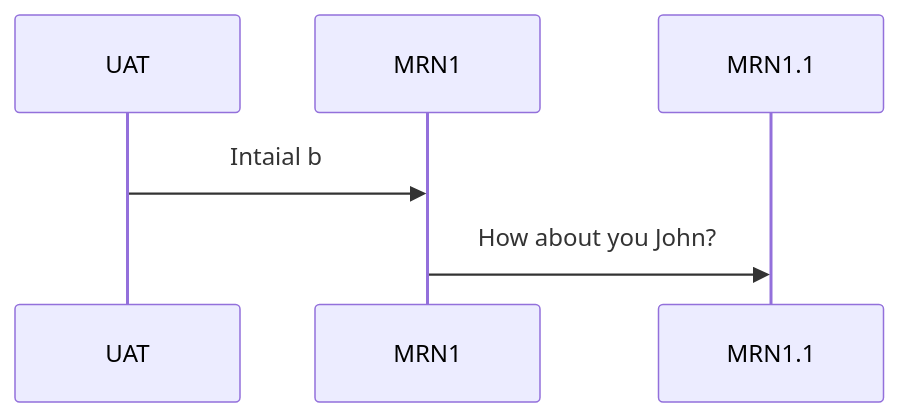
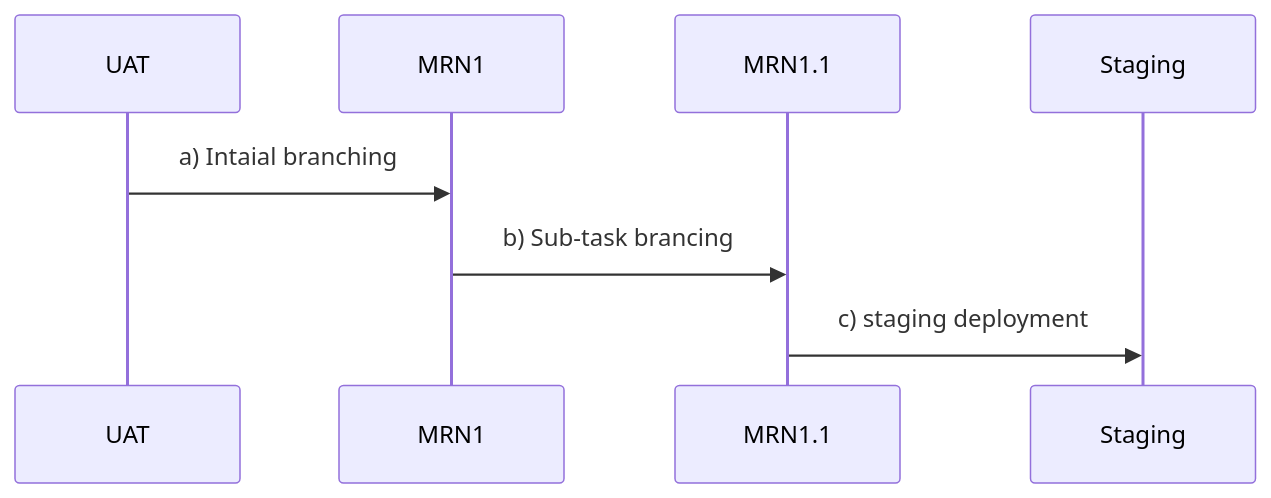
Before and after one commit to maboelnour/learning-notes: the diagram in README.md, drawn with Mermaid. The commit also changed other lines of this file, not shown here.

Commit message:
README.md updated from https://stackedit.io/

````diff
--- a/README.md
+++ b/README.md
@@ -6,6 +6,9 @@
 ```mermaid
 sequenceDiagram
-UAT ->> MRN1 : Intaial b
-MRN1 ->> MRN1.1: How about you John?
+UAT ->> MRN1 : a) Intaial branching
+MRN1 ->> MRN1.1: b) Sub-task brancing
+MRN1.1 ->> Staging: c) staging deployment
+
+
 
 ```
````
